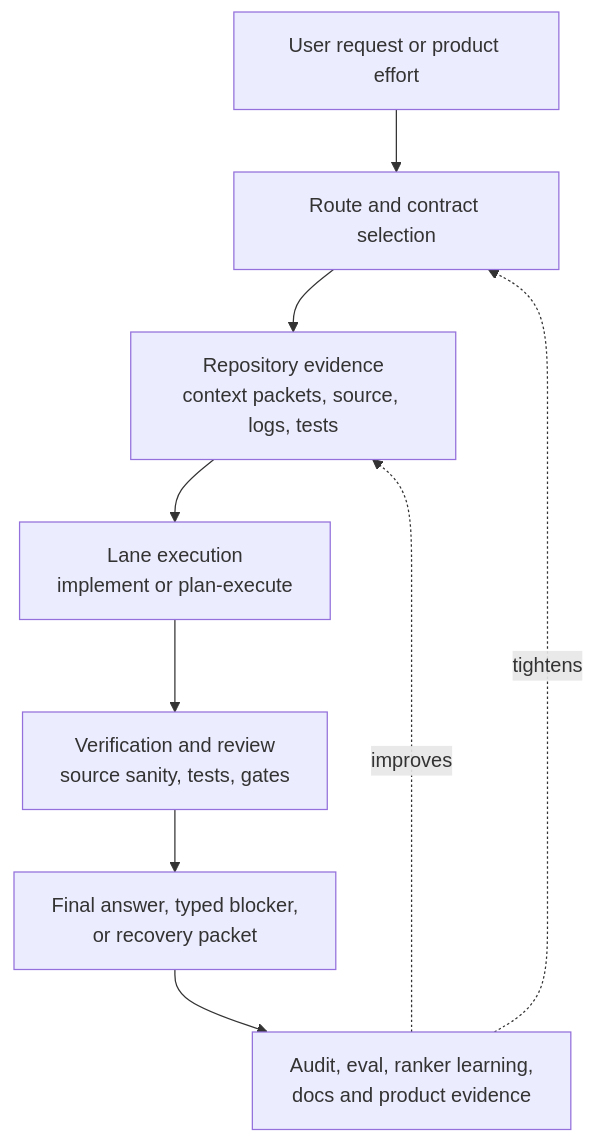
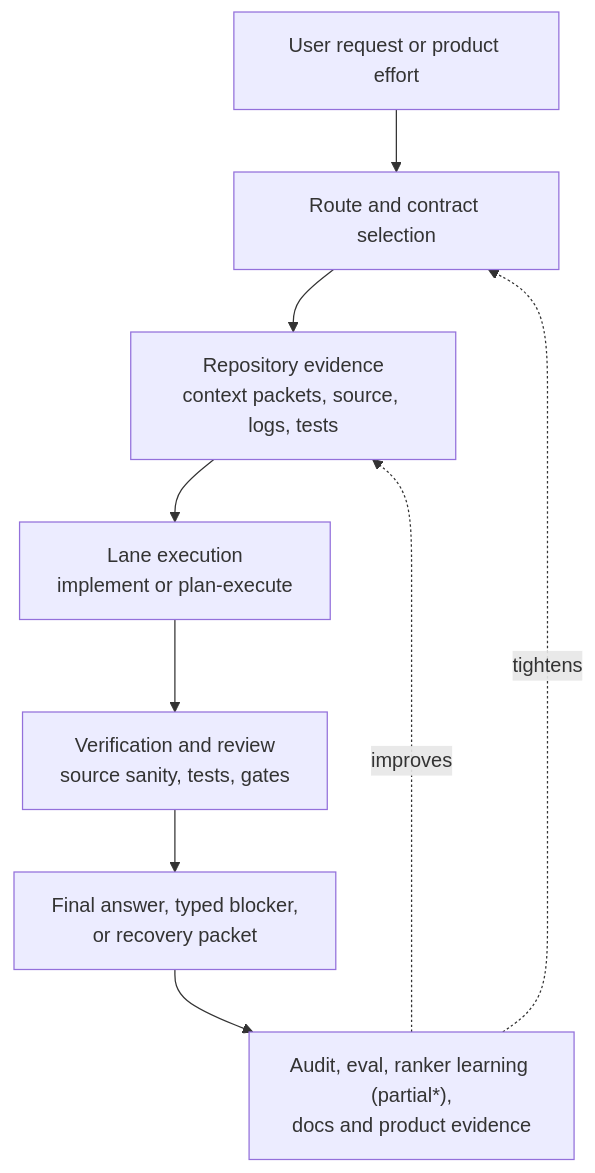
The first of 2 diagrams in docs/obsidian/01 - System Map.md (BLuchterhand/Idiom), drawn with Mermaid before and after one commit. The commit also changed other lines of this file and 16 other files, not shown here.

Commit message:
docs: mark roadmap items in obsidian notes

````diff
--- a/docs/obsidian/01 - System Map.md
+++ b/docs/obsidian/01 - System Map.md
@@ -32,11 +32,11 @@
 ```mermaid
 flowchart TD
     Ask["User request or product effort"] --> Route["Route and contract selection"]
     Route --> Evidence["Repository evidence<br/>context packets, source, logs, tests"]
     Evidence --> Work["Lane execution<br/>implement or plan-execute"]
     Work --> Verify["Verification and review<br/>source sanity, tests, gates"]
     Verify --> Outcome["Final answer, typed blocker,<br/>or recovery packet"]
-    Outcome --> Learn["Audit, eval, ranker learning,<br/>docs and product evidence"]
+    Outcome --> Learn["Audit, eval, ranker learning (partial*),<br/>docs and product evidence"]
     Learn -. improves .-> Evidence
     Learn -. tightens .-> Route
 ```
````
